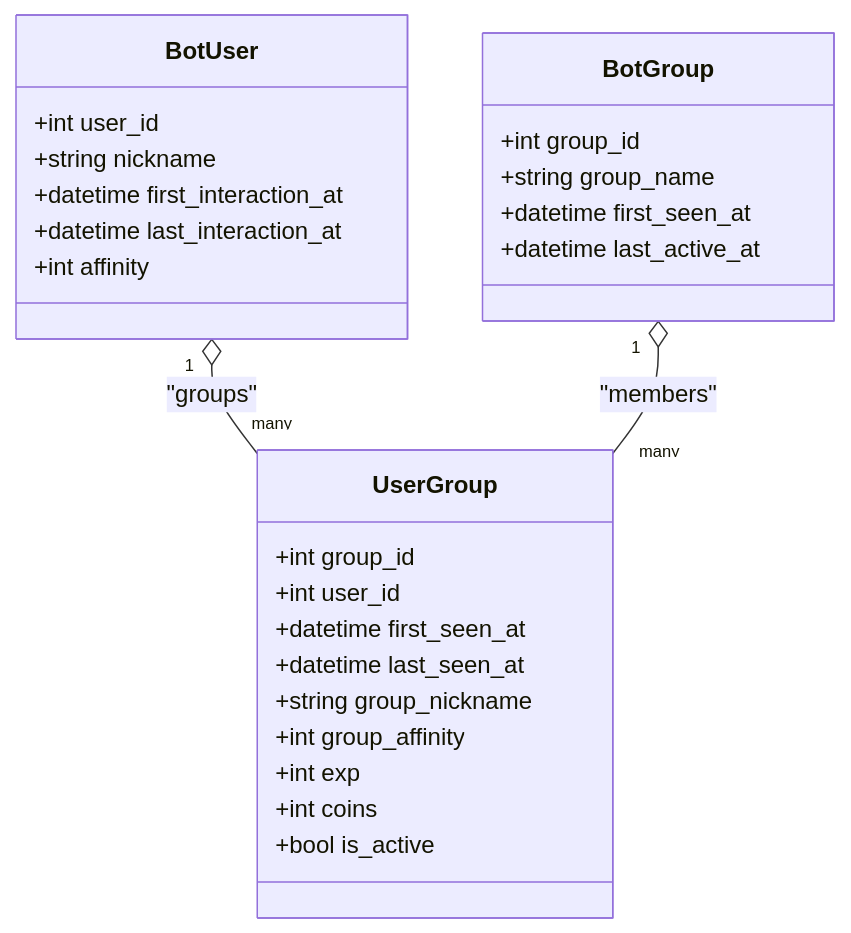
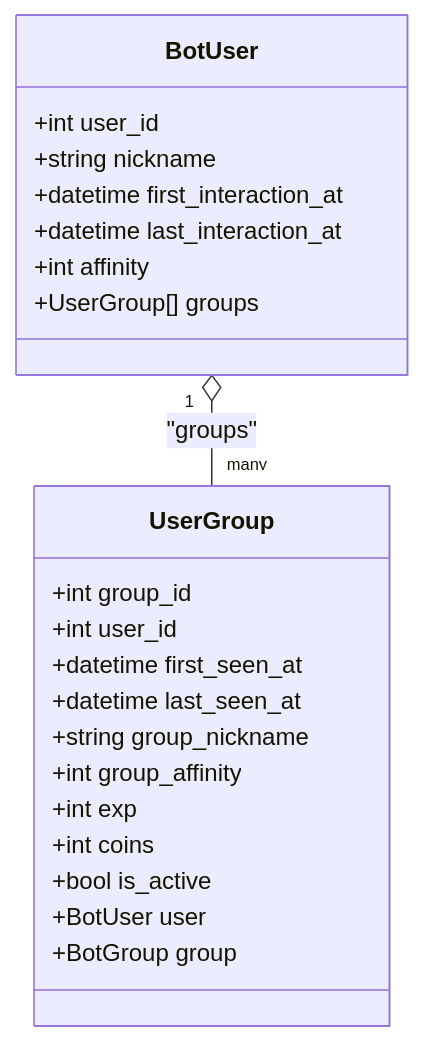
Before and after one commit to Wohaokunr/yawn_bot: the fourth of 6 diagrams in .qoder/repowiki/zh/content/核心功能模块/信息查询系统.md, drawn with Mermaid. The commit also changed other lines of this file and 13 other files, not shown here.

````diff
--- a/.qoder/repowiki/zh/content/核心功能模块/信息查询系统.md
+++ b/.qoder/repowiki/zh/content/核心功能模块/信息查询系统.md
@@ -149,29 +148,25 @@
 ```mermaid
 classDiagram
 class BotUser {
 +int user_id
 +string nickname
 +datetime first_interaction_at
 +datetime last_interaction_at
 +int affinity
-}
-class BotGroup {
-+int group_id
-+string group_name
-+datetime first_seen_at
-+datetime last_active_at
++UserGroup[] groups
 }
 class UserGroup {
 +int group_id
 +int user_id
 +datetime first_seen_at
 +datetime last_seen_at
 +string group_nickname
 +int group_affinity
 +int exp
 +int coins
 +bool is_active
++BotUser user
++BotGroup group
 }
 BotUser "1" o-- "many" UserGroup : "groups"
-BotGroup "1" o-- "many" UserGroup : "members"
 ```
````
